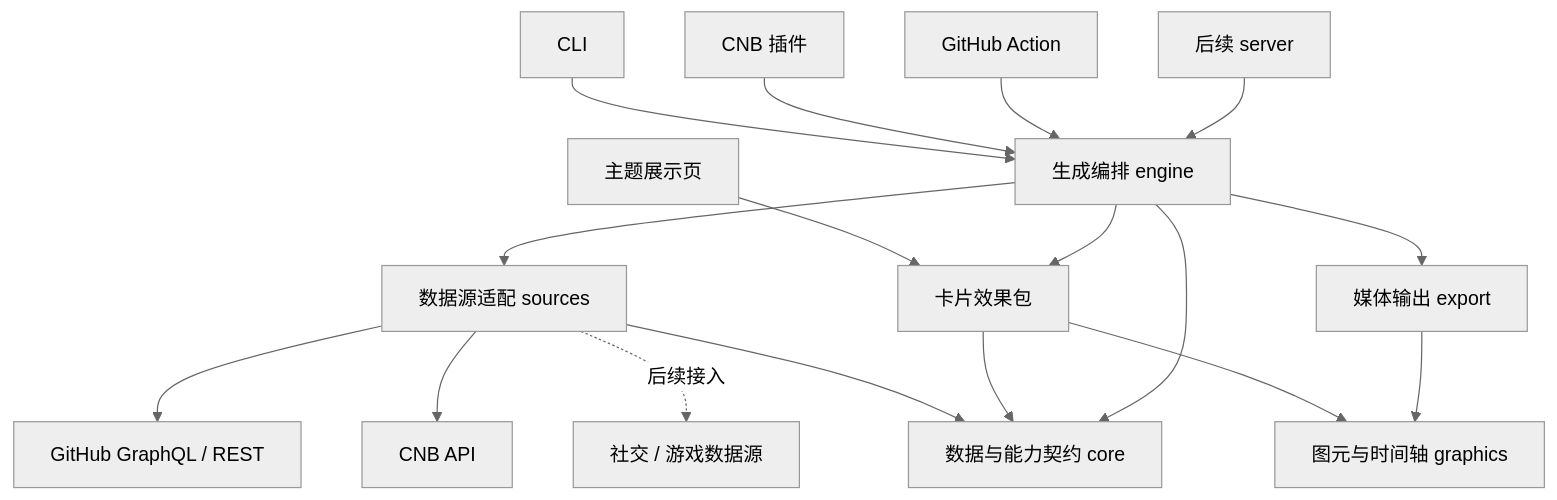
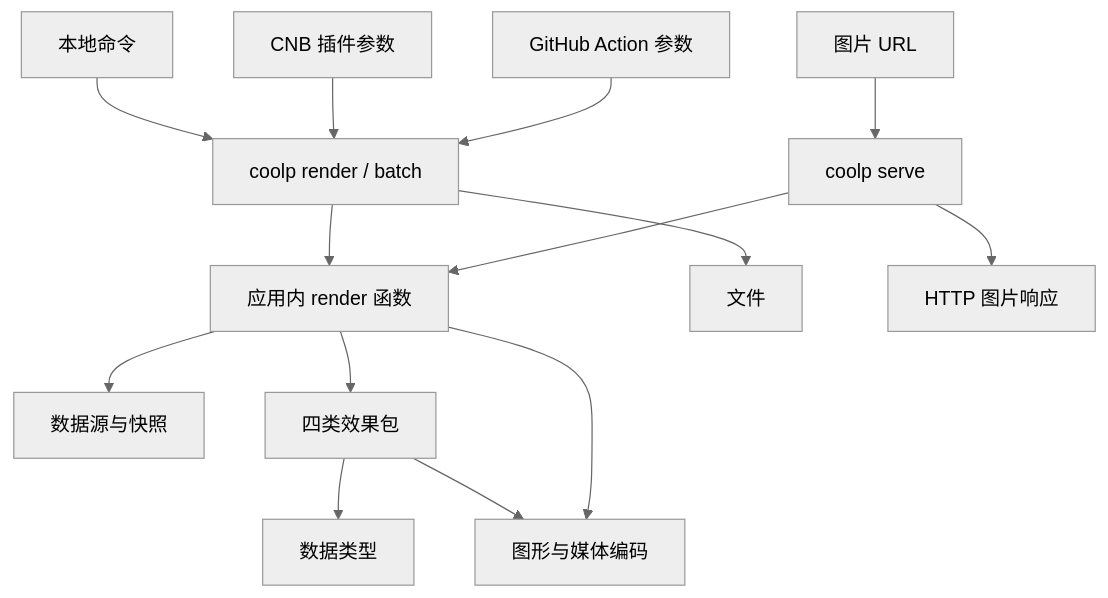
The diagram in docs/architecture.md (elonzh/cool-profile), drawn with Mermaid (neutral theme) before and after one commit. The commit also changed other lines of this file and 4 other files, not shown here.

First line of the commit message:
docs: 统一 coolp 应用与命令行图片接口

````diff
--- a/docs/architecture.md
+++ b/docs/architecture.md
@@ -17,19 +17,16 @@
 ```mermaid
 flowchart TD
-  CLI[CLI] --> Engine[生成编排 engine]
-  CNB[CNB 插件] --> Engine
-  Action[GitHub Action] --> Engine
-  Server[后续 server] --> Engine
-  Gallery[主题展示页] --> Cards[卡片效果包]
-  Engine --> Sources[数据源适配 sources]
-  Sources --> GH[GitHub GraphQL / REST]
-  Sources --> CA[CNB API]
-  Sources -.后续接入.-> Other[社交 / 游戏数据源]
-  Engine --> Cards
-  Engine --> Export[媒体输出 export]
-  Sources --> Core[数据与能力契约 core]
-  Cards --> Core
-  Cards --> Graphics[图元与时间轴 graphics]
-  Export --> Graphics
-  Engine --> Core
+  Local[本地命令] --> CLI[coolp render / batch]
+  CNB[CNB 插件参数] --> CLI
+  Action[GitHub Action 参数] --> CLI
+  HTTP[图片 URL] --> Server[coolp serve]
+  CLI --> Render[应用内 render 函数]
+  Server --> Render
+  Render --> Data[数据源与快照]
+  Render --> Cards[四类效果包]
+  Cards --> Types[数据类型]
+  Cards --> Graphics[图形与媒体编码]
+  Render --> Graphics
+  CLI --> Files[文件]
+  Server --> Response[HTTP 图片响应]
 ```
````
